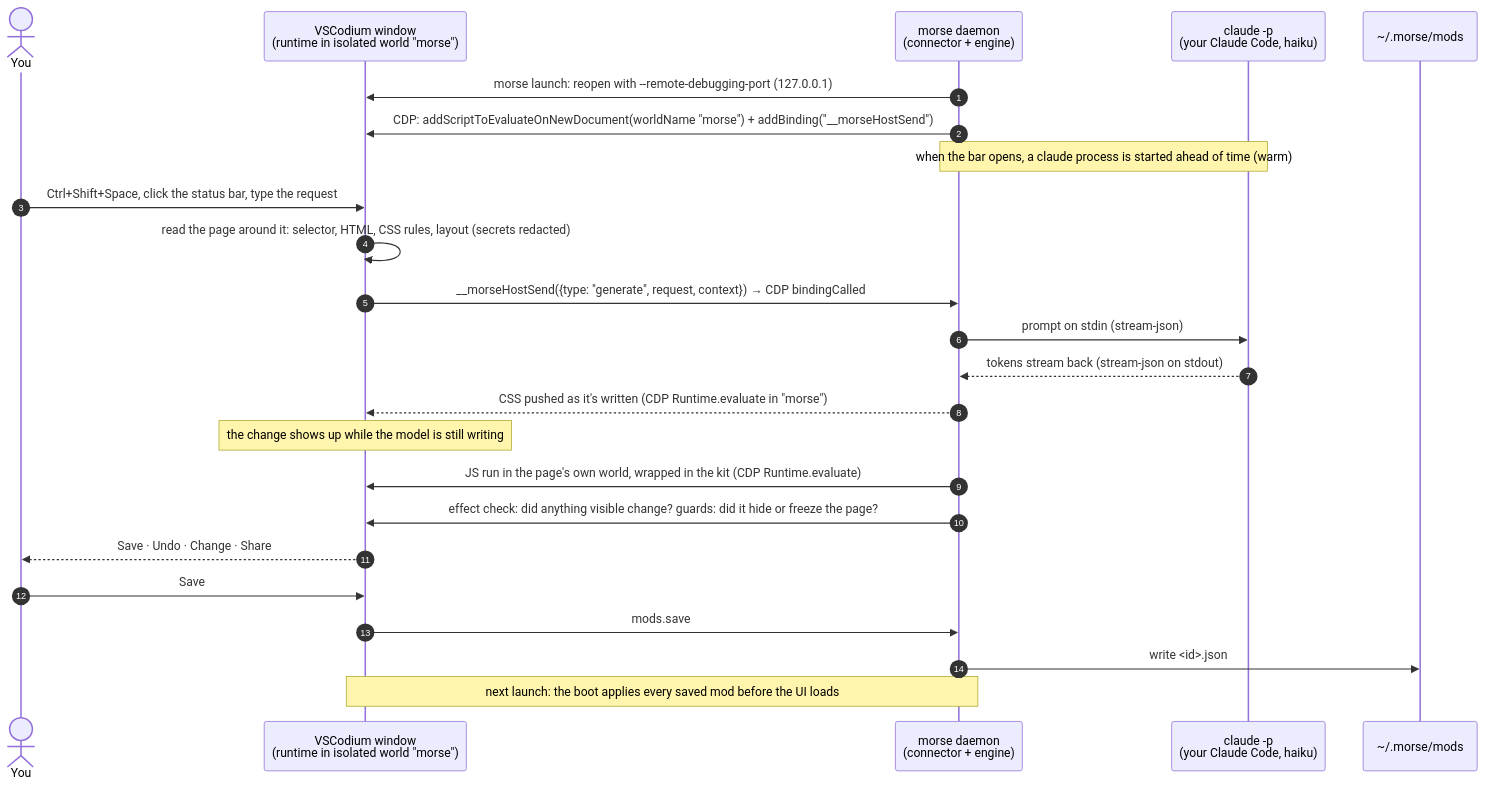
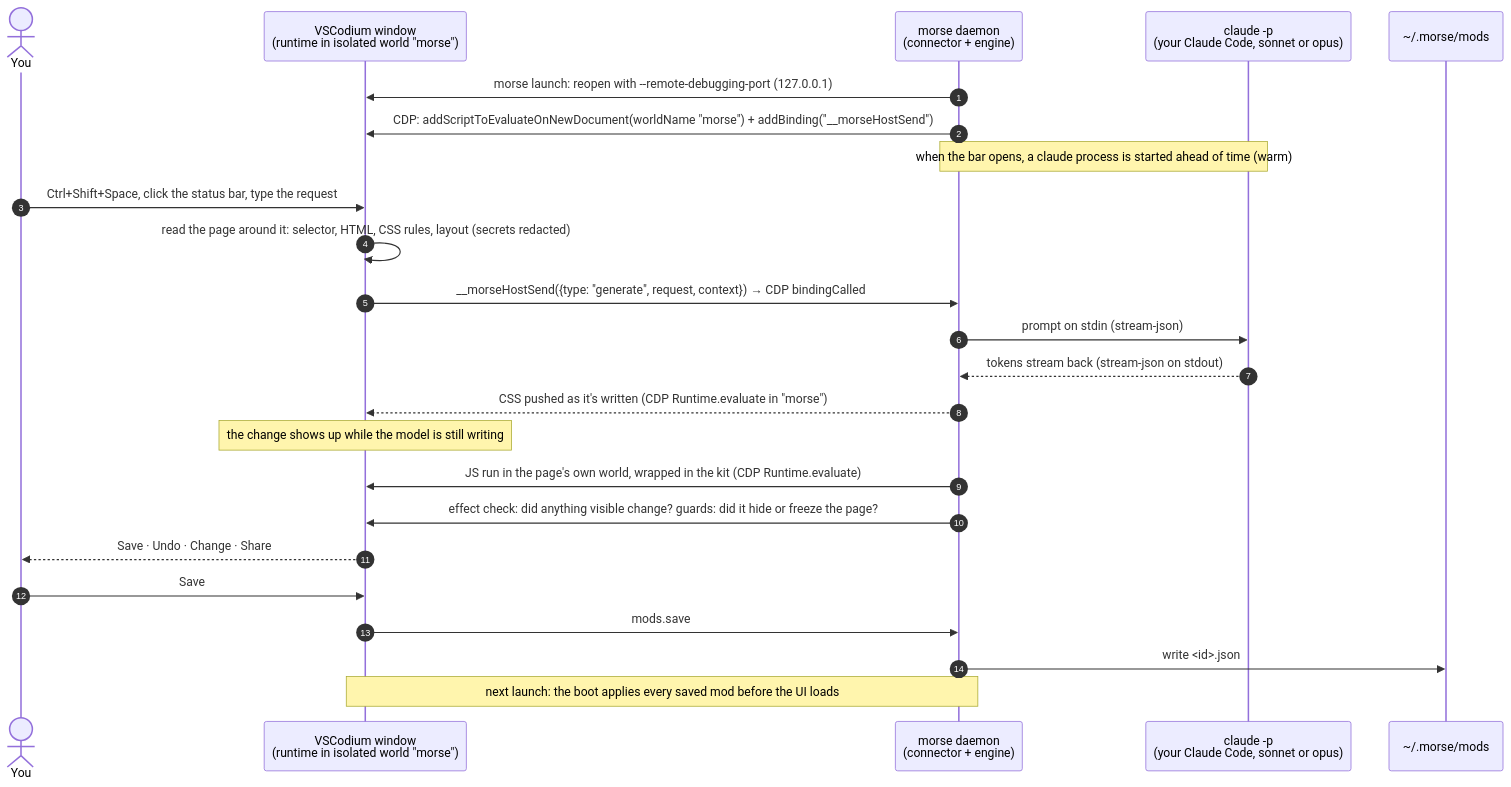
Before and after one commit to sam-siavoshian/Morse: the first of 2 diagrams in docs/dev/how-it-works.md, drawn with Mermaid. The commit also changed other lines of this file and 44 other files, not shown here.

First line of the commit message:
Models: strong defaults, never haiku (sonnet, then opus)

````diff
--- a/docs/dev/how-it-works.md
+++ b/docs/dev/how-it-works.md
@@ -27,27 +27,27 @@
 ```mermaid
 sequenceDiagram
     autonumber
     actor You
     participant App as VSCodium window<br/>(runtime in isolated world "morse")
     participant D as morse daemon<br/>(connector + engine)
-    participant CC as claude -p<br/>(your Claude Code, haiku)
+    participant CC as claude -p<br/>(your Claude Code, sonnet or opus)
     participant Disk as ~/.morse/mods
 
     D->>App: morse launch: reopen with --remote-debugging-port (127.0.0.1)
     D->>App: CDP: addScriptToEvaluateOnNewDocument(worldName "morse") + addBinding("__morseHostSend")
     Note over D,CC: when the bar opens, a claude process is started ahead of time (warm)
     You->>App: Ctrl+Shift+Space, click the status bar, type the request
     App->>App: read the page around it: selector, HTML, CSS rules, layout (secrets redacted)
     App->>D: __morseHostSend({type: "generate", request, context}) → CDP bindingCalled
     D->>CC: prompt on stdin (stream-json)
     CC-->>D: tokens stream back (stream-json on stdout)
     D-->>App: CSS pushed as it's written (CDP Runtime.evaluate in "morse")
     Note over App: the change shows up while the model is still writing
     D->>App: JS run in the page's own world, wrapped in the kit (CDP Runtime.evaluate)
     D->>App: effect check: did anything visible change? guards: did it hide or freeze the page?
     App-->>You: Save · Undo · Change · Share
     You->>App: Save
     App->>D: mods.save
     D->>Disk: write <id>.json
     Note over D,App: next launch: the boot applies every saved mod before the UI loads
 ```
````
